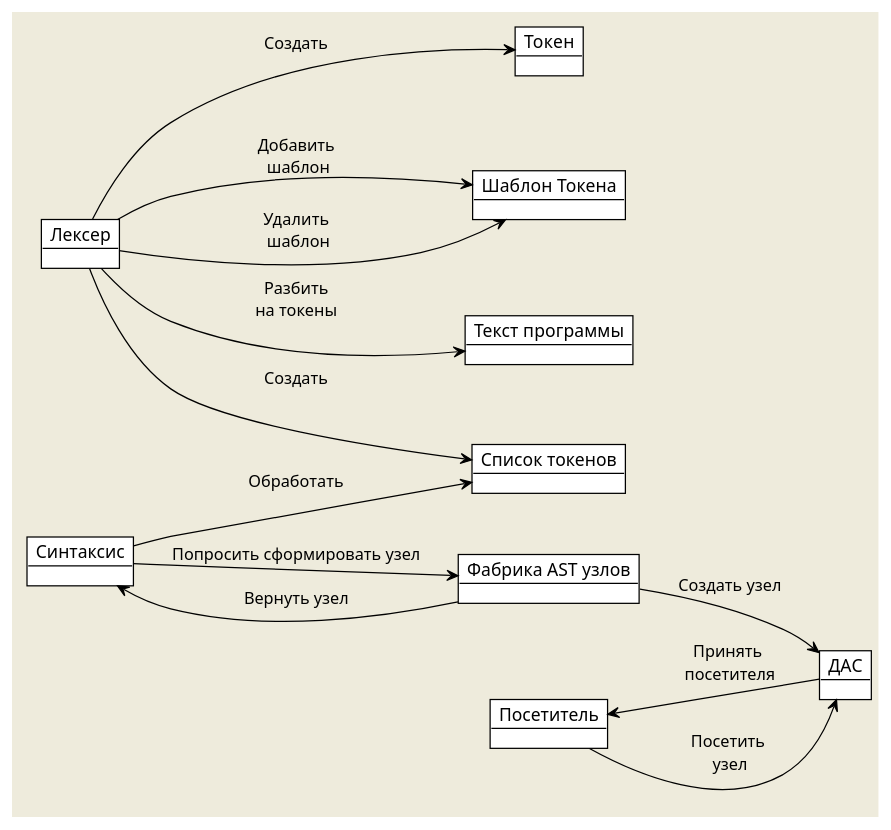
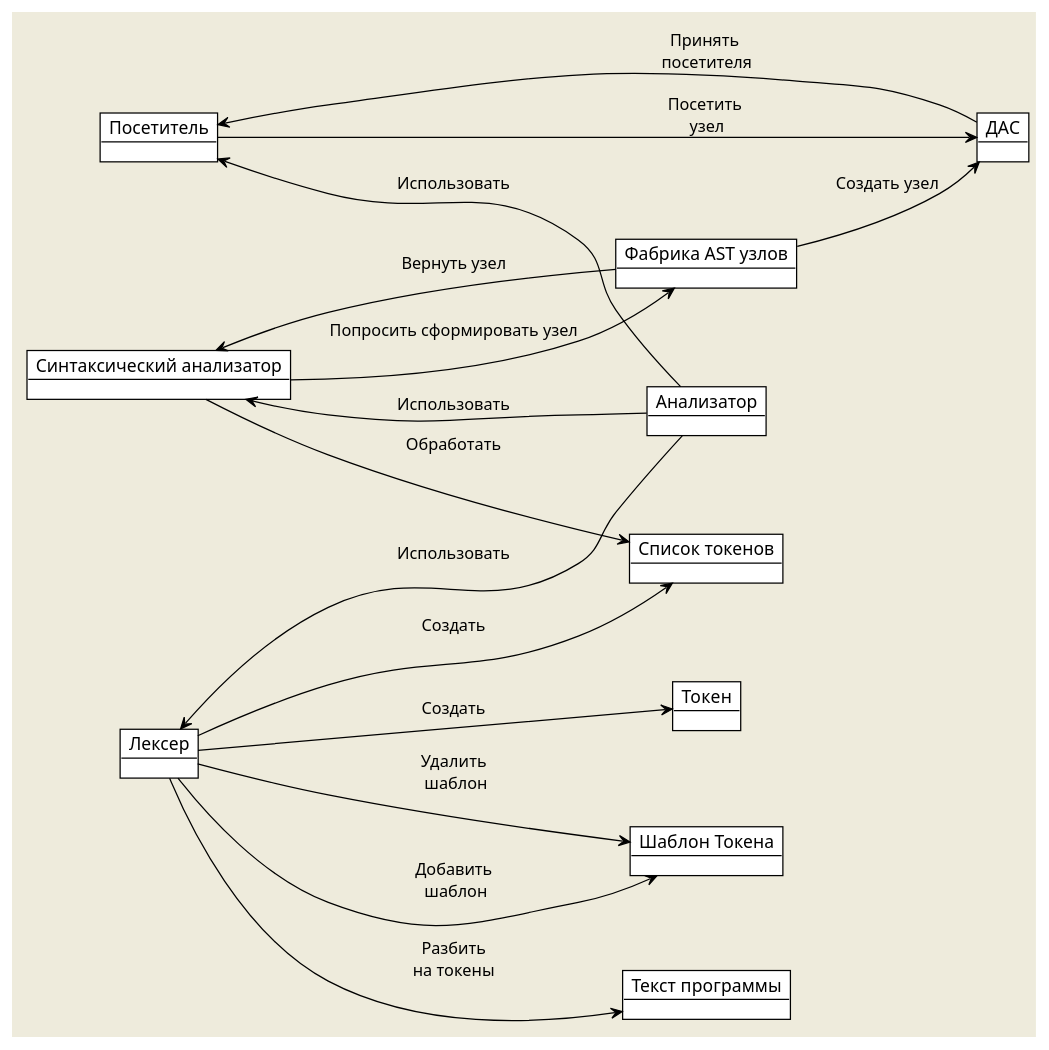
Before and after one commit to DanArmor/micro-Pascal: the diagram in schemes/scheme.md, drawn with PlantUML. The commit also changed other lines of this file and 5 other files, not shown here.

````diff
--- a/schemes/scheme.md
+++ b/schemes/scheme.md
@@ -4,35 +4,39 @@
 ```plantuml
 @startuml
     !theme plain
     skinparam backgroundColor #EEEBDC
     skinparam handwritten false
     skinparam arrowFontColor black
     left to right direction
 
     object "Лексер" as Lexer
     object "Текст программы" as Text
-    object "Синтаксис" as Syntax
+    object "Синтаксический анализатор" as Syntax
+    object "Анализатор" as Analyzer
     object "Список токенов" as List
     object "ДАС" as AST
     object "Посетитель" as Visitor
 
     object "Токен" as Token
     object "Шаблон Токена" as TokenTemp
 
     object "Фабрика AST узлов" as ASTFactory
 
     Lexer --> TokenTemp : "Добавить\n шаблон"
     Lexer --> TokenTemp : "Удалить\n шаблон"
     Lexer --> Text : "Разбить\nна токены"
     Lexer --> List : "Создать"
     Lexer --> Token : "Создать"
 
     Syntax --> List : "Обработать"
     Syntax --> ASTFactory : "Попросить сформировать узел"
     ASTFactory --> AST : "Создать узел"
     ASTFactory --> Syntax : "Вернуть узел"
 
     Visitor --> AST : "Посетить \nузел"
     Visitor <-- AST : "Принять \nпосетителя"
+    Lexer <-- Analyzer : "Использовать"
+    Syntax <-- Analyzer : "Использовать"
+    Visitor <-- Analyzer : "Использовать"
 @enduml
 ```
````
